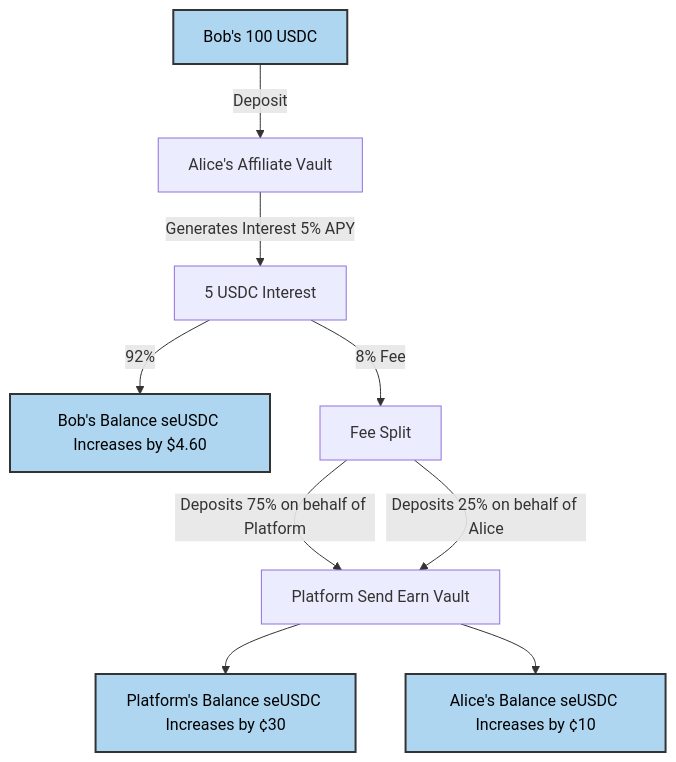
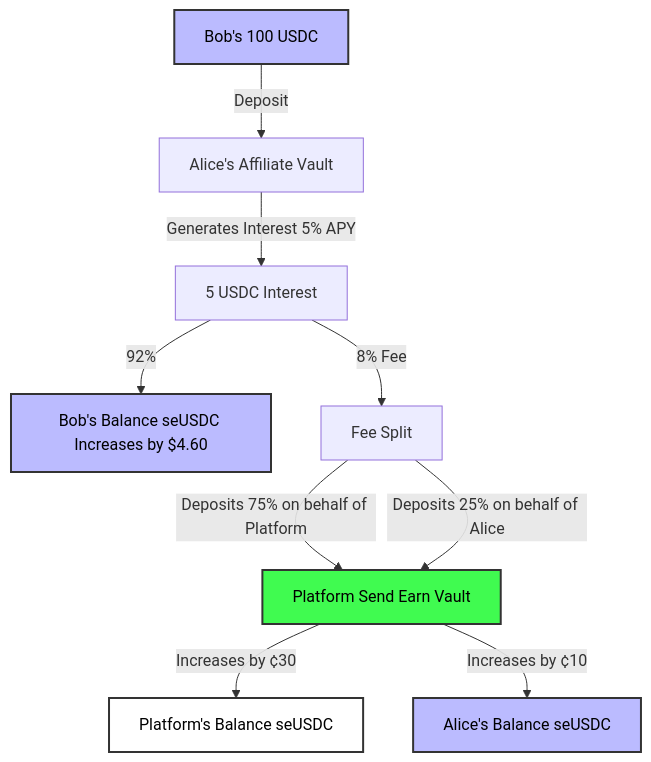
One commit to 0xsend/send-earn-contracts changed the third of 4 diagrams in docs/send-earn-affiliates.md. Above: the diagram before and after it, drawn with Mermaid. The commit also changed other lines of this file, not shown here.

Commit message:
feat(docs): enhance Send Earn affiliates documentation with fee splitting explanation and clarify vault deposit process

````diff
--- a/docs/send-earn-affiliates.md
+++ b/docs/send-earn-affiliates.md
@@ -101,16 +117,17 @@
 ```mermaid
 graph TD
     Bob[Bob's 100 USDC] -->|Deposit| AliceSEVault[Alice's Affiliate Vault]
     AliceSEVault -->|Generates Interest 5% APY| MetaMorpho[5 USDC Interest]
     MetaMorpho -->|92%| BobNewBalance[Bob's Balance seUSDC Increases by $4.60]
     MetaMorpho -->|8% Fee| FeeSplit[Fee Split]
     FeeSplit -->|Deposits 75% on behalf of Platform| PatformSendEarn[Platform Send Earn Vault]
     FeeSplit -->|Deposits 25% on behalf of Alice| PatformSendEarn[Platform Send Earn Vault]
-    PatformSendEarn --> Platform[Platform's Balance seUSDC Increases by ¢30 ]
-    PatformSendEarn --> Alice[Alice's Balance seUSDC Increases by ¢10]
+    PatformSendEarn -->|Increases by ¢30| Platform[Platform's Balance seUSDC]
+    PatformSendEarn -->|Increases by ¢10| Alice[Alice's Balance seUSDC]
 
-    style Bob fill:#AED6F1,stroke: #333,stroke-width:2px,color:#000
-    style BobNewBalance fill:#AED6F1,stroke: #333,stroke-width:2px,color:#000
-    style Platform fill:#AED6F1,stroke: #333,stroke-width:2px,color:#000
-    style Alice fill:#AED6F1,stroke: #333,stroke-width:2px,color:#000
+    style Bob fill:#bbf,stroke: #333,stroke-width:2px,color:#000
+    style BobNewBalance fill:#bbf,stroke: #333,stroke-width:2px,color:#000
+    style Platform fill:#FFFFFF,stroke: #333,stroke-width:2px,color:#000
+    style PatformSendEarn fill:#40FB50,stroke: #333,stroke-width:2px,color:#000
+    style Alice fill:#bbf,stroke: #333,stroke-width:2px,color:#000
 ```
````
